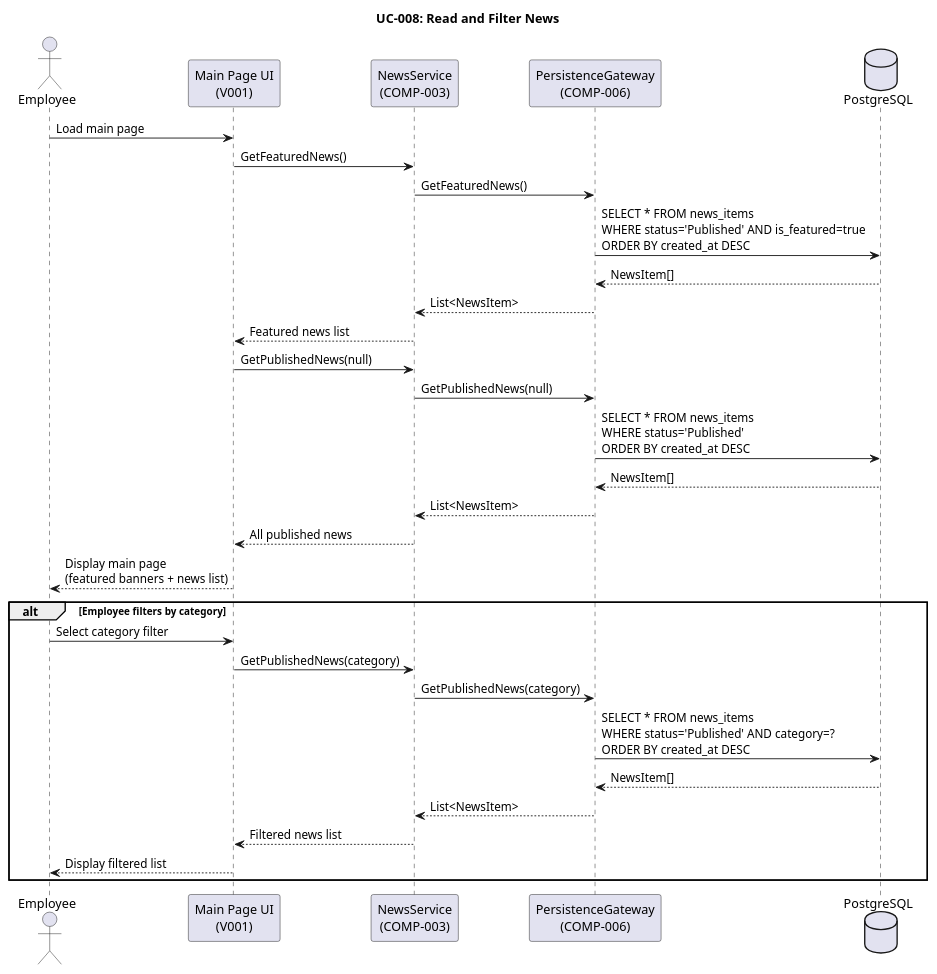
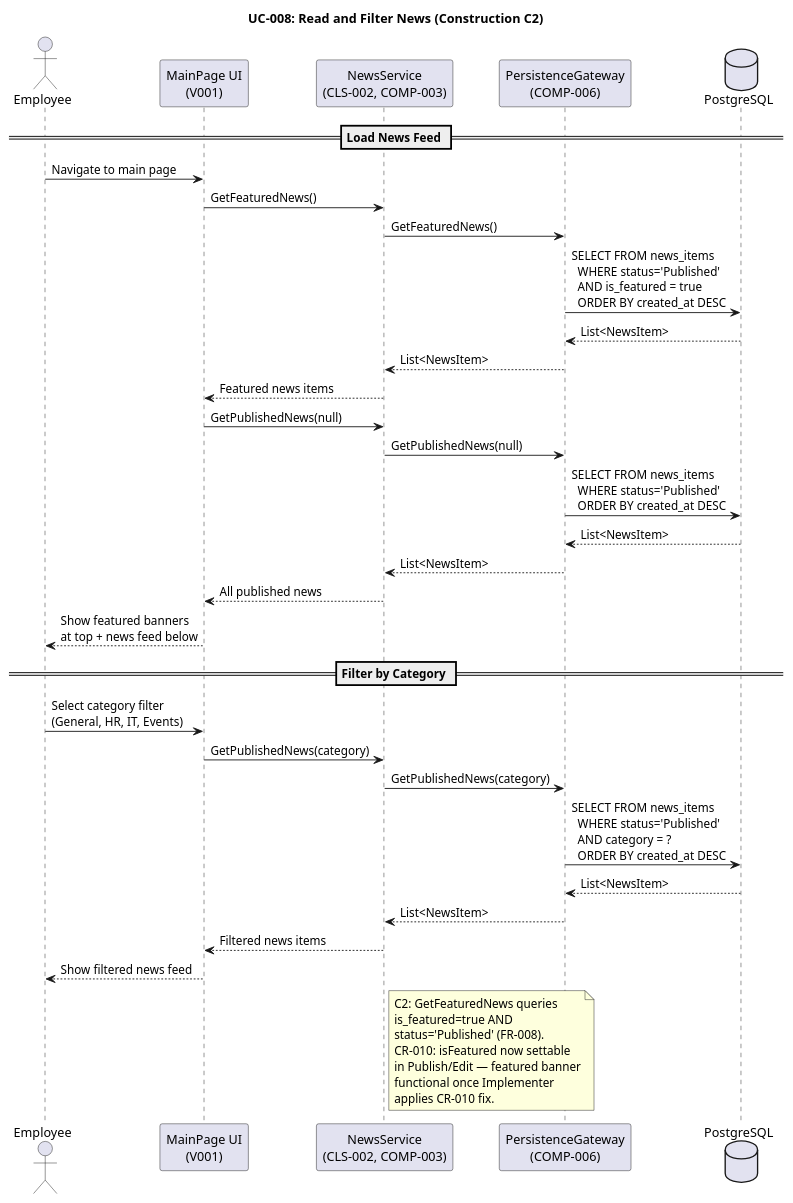
One commit to banense-test/portal-cuba-corp changed the ninth of 33 diagrams in docs/artifacts/analysis---design/design-model.md. Above: the diagram before and after it, drawn with PlantUML. The commit also changed other lines of this file, not shown here.

````diff
--- a/docs/artifacts/analysis---design/design-model.md
+++ b/docs/artifacts/analysis---design/design-model.md
@@ -578,39 +660,51 @@
 ```plantuml
 @startuml
-title UC-008: Read and Filter News
+title UC-008: Read and Filter News (Construction C2)
 
 actor Employee as EMP
-participant "Main Page UI\n(V001)" as UI
-participant "NewsService\n(COMP-003)" as SVC
+participant "MainPage UI\n(V001)" as UI
+participant "NewsService\n(CLS-002, COMP-003)" as SVC
 participant "PersistenceGateway\n(COMP-006)" as DB
 database "PostgreSQL" as PG
 
-EMP -> UI : Load main page
+== Load News Feed ==
+
+EMP -> UI : Navigate to main page
 UI -> SVC : GetFeaturedNews()
 SVC -> DB : GetFeaturedNews()
-DB -> PG : SELECT * FROM news_items\nWHERE status='Published' AND is_featured=true\nORDER BY created_at DESC
-PG --> DB : NewsItem[]
+DB -> PG : SELECT FROM news_items\n  WHERE status='Published'\n  AND is_featured = true\n  ORDER BY created_at DESC
+PG --> DB : List<NewsItem>
 DB --> SVC : List<NewsItem>
-SVC --> UI : Featured news list
+SVC --> UI : Featured news items
 
 UI -> SVC : GetPublishedNews(null)
 SVC -> DB : GetPublishedNews(null)
-DB -> PG : SELECT * FROM news_items\nWHERE status='Published'\nORDER BY created_at DESC
-PG --> DB : NewsItem[]
+DB -> PG : SELECT FROM news_items\n  WHERE status='Published'\n  ORDER BY created_at DESC
+PG --> DB : List<NewsItem>
 DB --> SVC : List<NewsItem>
 SVC --> UI : All published news
-UI --> EMP : Display main page\n(featured banners + news list)
+UI --> EMP : Show featured banners\nat top + news feed below
 
-alt Employee filters by category
-  EMP -> UI : Select category filter
-  UI -> SVC : GetPublishedNews(category)
-  SVC -> DB : GetPublishedNews(category)
-  DB -> PG : SELECT * FROM news_items\nWHERE status='Published' AND category=?\nORDER BY created_at DESC
-  PG --> DB : NewsItem[]
-  DB --> SVC : List<NewsItem>
-  SVC --> UI : Filtered news list
-  UI --> EMP : Display filtered list
-end
+== Filter by Category ==
+
+EMP -> UI : Select category filter\n(General, HR, IT, Events)
+UI -> SVC : GetPublishedNews(category)
+SVC -> DB : GetPublishedNews(category)
+DB -> PG : SELECT FROM news_items\n  WHERE status='Published'\n  AND category = ?\n  ORDER BY created_at DESC
+PG --> DB : List<NewsItem>
+DB --> SVC : List<NewsItem>
+SVC --> UI : Filtered news items
+UI --> EMP : Show filtered news feed
+
+note right of SVC
+  C2: GetFeaturedNews queries
+  is_featured=true AND
+  status='Published' (FR-008).
+  CR-010: isFeatured now settable
+  in Publish/Edit — featured banner
+  functional once Implementer
+  applies CR-010 fix.
+end note
 
 @enduml
 ```
````
